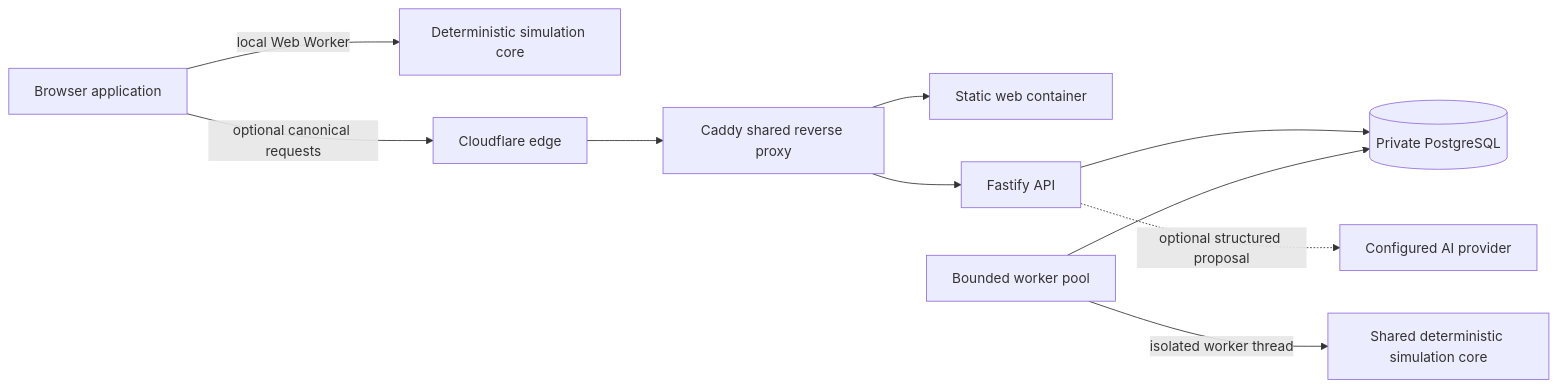
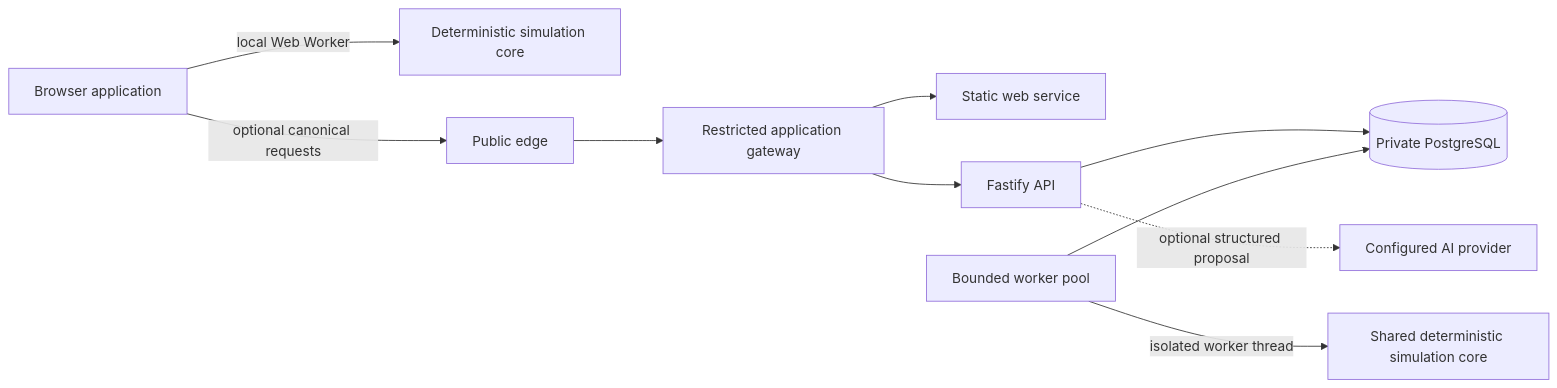
The diagram in docs/architecture.md (mahmoudelfeelig/SystemForge), drawn with Mermaid before and after one commit. The commit also changed other lines of this file and 36 other files, not shown here.

````diff
--- a/docs/architecture.md
+++ b/docs/architecture.md
@@ -5,12 +5,12 @@
 ```mermaid
 flowchart LR
     Browser[Browser application] -->|local Web Worker| LocalSim[Deterministic simulation core]
-    Browser -->|optional canonical requests| CF[Cloudflare edge]
-    CF --> Caddy[Caddy shared reverse proxy]
-    Caddy --> Web[Static web container]
-    Caddy --> API[Fastify API]
+    Browser -->|optional canonical requests| Edge[Public edge]
+    Edge --> Gateway[Restricted application gateway]
+    Gateway --> Web[Static web service]
+    Gateway --> API[Fastify API]
     API --> DB[(Private PostgreSQL)]
     API -. optional structured proposal .-> AI[Configured AI provider]
     Worker[Bounded worker pool] --> DB
     Worker -->|isolated worker thread| Canonical[Shared deterministic simulation core]
 ```
````
